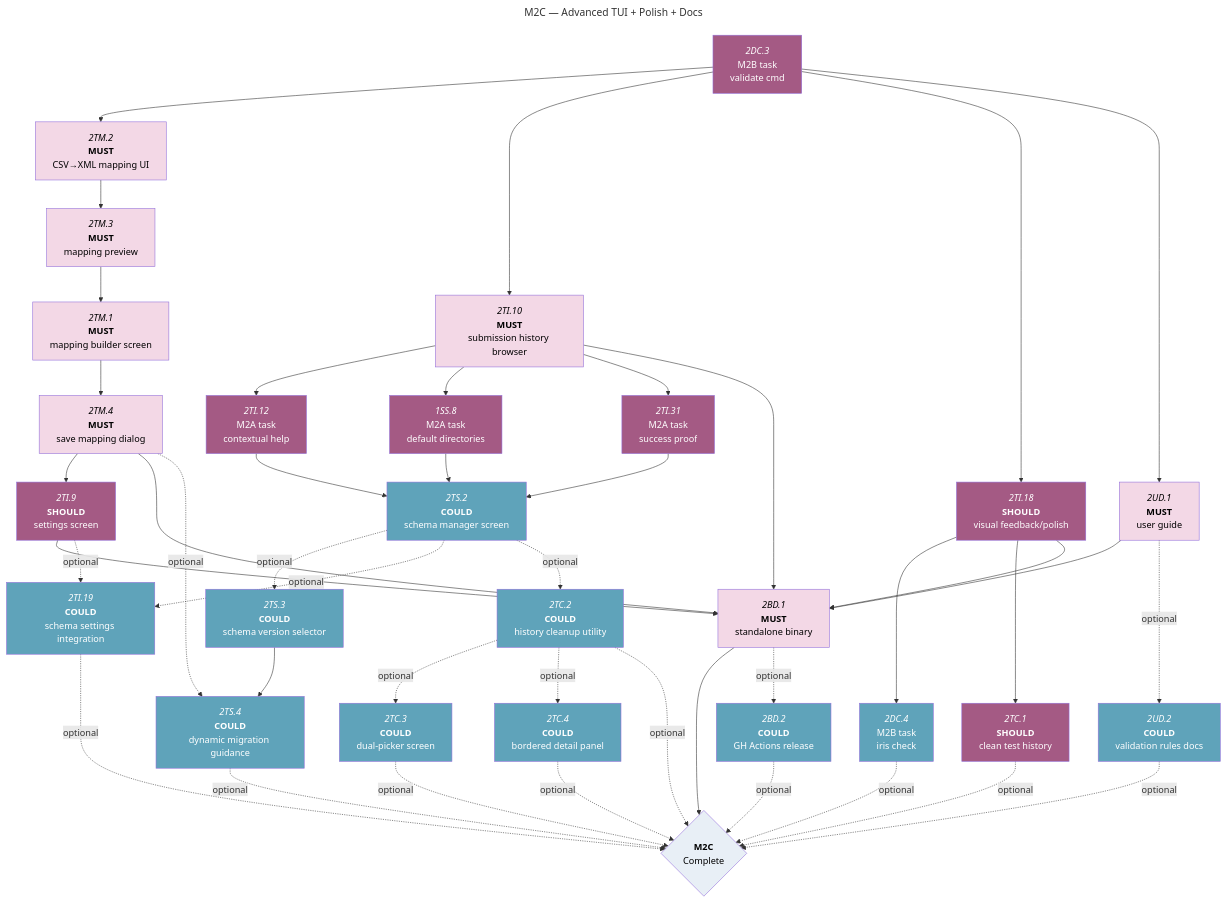
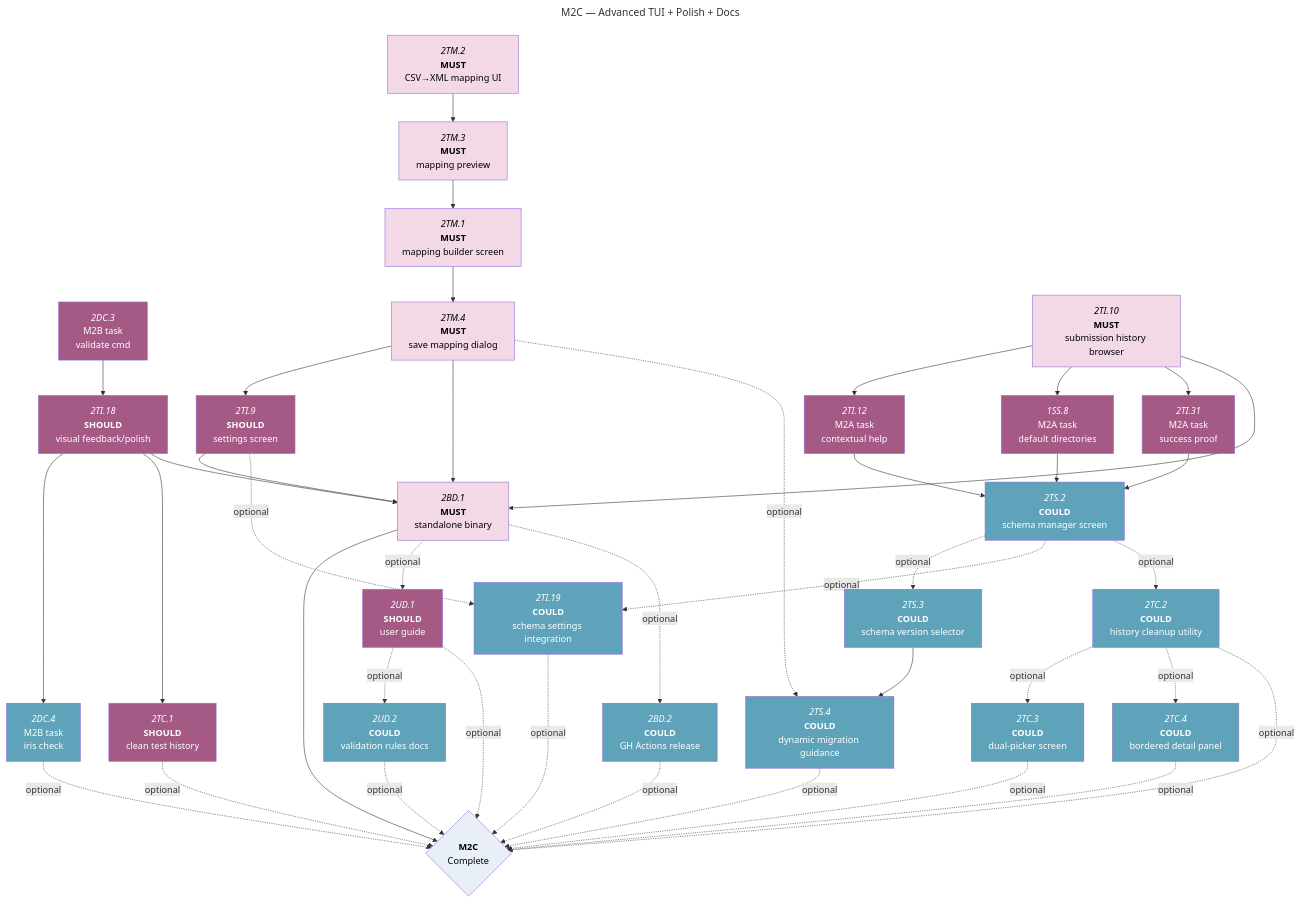
One commit to foundersandcoders/iris changed the third of 4 diagrams in docs/roadmaps/phase-1-mvp-features.md. Above: the diagram before and after it, drawn with Mermaid. The commit also changed other lines of this file, not shown here.

````diff
--- a/docs/roadmaps/phase-1-mvp-features.md
+++ b/docs/roadmaps/phase-1-mvp-features.md
@@ -223,62 +223,62 @@
 ```mermaid
 ---
 title: M2C — Advanced TUI + Polish + Docs
 ---
 graph TD
 
 2DC.3["`*2DC.3*<br/>M2B task<br/>validate cmd`"]:::should-blocked
 
-2DC.3 --> 2TM.2 & 2TI.10 & 2TI.18 & 2UD.1
+2DC.3 --> 2TI.18
 
 2TM.2["`*2TM.2*<br/>**MUST**<br/>CSV→XML mapping UI`"]:::must-blocked --> 2TM.3
 2TM.3["`*2TM.3*<br/>**MUST**<br/>mapping preview`"]:::must-blocked --> 2TM.1
 2TM.1["`*2TM.1*<br/>**MUST**<br/>mapping builder screen`"]:::must-blocked --> 2TM.4
 2TM.4["`*2TM.4*<br/>**MUST**<br/>save mapping dialog`"]:::must-blocked --> 2TI.9
 
 2TI.9["`*2TI.9*<br/>**SHOULD**<br/>settings screen`"]:::should-blocked
 
 2TI.10["`*2TI.10*<br/>**MUST**<br/>submission history browser`"]:::must-blocked
 2TI.18["`*2TI.18*<br/>**SHOULD**<br/>visual feedback/polish`"]:::should-blocked
 2TC.1["`*2TC.1*<br/>**SHOULD**<br/>clean test history`"]:::should-blocked
-2UD.1["`*2UD.1*<br/>**MUST**<br/>user guide`"]:::must-blocked
+2UD.1["`*2UD.1*<br/>**SHOULD**<br/>user guide`"]:::should-blocked
 2UD.2["`*2UD.2*<br/>**COULD**<br/>validation rules docs`"]:::could-blocked
 2TC.2["`*2TC.2*<br/>**COULD**<br/>history cleanup utility`"]:::could-blocked
 2TC.3["`*2TC.3*<br/>**COULD**<br/>dual-picker screen`"]:::could-blocked
 2TC.4["`*2TC.4*<br/>**COULD**<br/>bordered detail panel`"]:::could-blocked
 
 2TI.12["`*2TI.12*<br/>M2A task<br/>contextual help`"]:::should-blocked
 1SS.8["`*1SS.8*<br/>M2A task<br/>default directories`"]:::should-blocked
 2TI.31["`*2TI.31*<br/>M2A task<br/>success proof`"]:::should-blocked
 2TS.2["`*2TS.2*<br/>**COULD**<br/>schema manager screen`"]:::could-blocked
 2TS.3["`*2TS.3*<br/>**COULD**<br/>schema version selector`"]:::could-blocked --> 2TS.4
 2TS.4["`*2TS.4*<br/>**COULD**<br/>dynamic migration guidance`"]:::could-blocked
 2TI.19["`*2TI.19*<br/>**COULD**<br/>schema settings integration`"]:::could-blocked
 
 2DC.4["`*2DC.4*<br/>M2B task<br/>iris check`"]:::could-blocked
 
 2BD.1["`*2BD.1*<br/>**MUST**<br/>standalone binary`"]:::must-blocked
 2BD.2["`*2BD.2*<br/>**COULD**<br/>GH Actions release`"]:::could-blocked
 
 %% Required dependencies %%
 2TI.10 --> 2TI.12 & 1SS.8 & 2TI.31
 2TI.12 & 1SS.8 & 2TI.31 --> 2TS.2
 2TI.18 --> 2DC.4 & 2TC.1
-2TI.9 & 2TI.10 & 2TI.18 & 2UD.1 & 2TM.4 --> 2BD.1
+2TI.9 & 2TI.10 & 2TI.18 & 2TM.4 --> 2BD.1
 2BD.1 --> phase1
 phase1{"`**M2C**<br/>Complete`"}:::mile
 
 %% Optional dependencies %%
-2BD.1 -.->|optional| 2BD.2
+2BD.1 -.->|optional| 2UD.1 & 2BD.2
 2BD.2 -.->|optional| phase1
-2UD.1 -.->|optional| 2UD.2
+2UD.1 -.->|optional| 2UD.2 & phase1
 2TI.9 -.->|optional| 2TI.19
 2TM.4 -.->|optional| 2TS.4
 2TS.2 -.->|optional| 2TS.3 & 2TI.19 & 2TC.2
 2TC.2 -.->|optional| 2TC.3 & 2TC.4
 2TI.19 & 2TS.4 & 2UD.2 & 2DC.4 & 2TC.1 & 2TC.2 & 2TC.3 & 2TC.4 -.->|optional| phase1
 
 classDef must-blocked fill:#F3D8E6,color:#000;
 classDef should-blocked fill:#A45A84,color:#fff;
 classDef could-blocked fill:#5FA3BA,color:#fff;
 classDef mile fill:#E8EFF6,color:#000;
 ```
````
